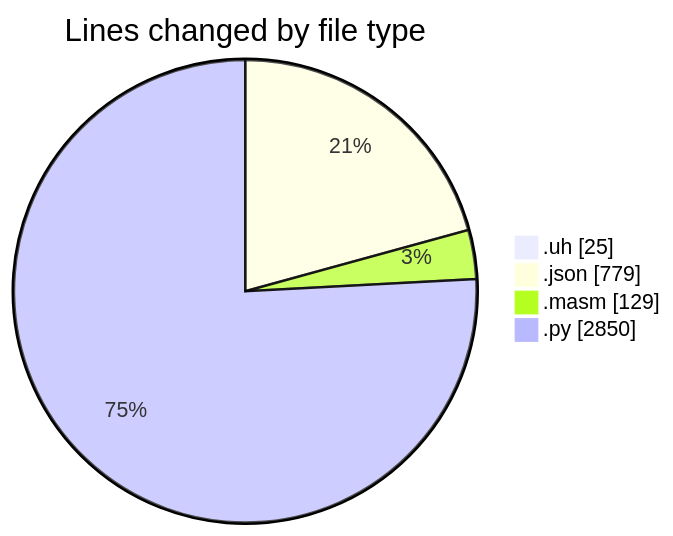
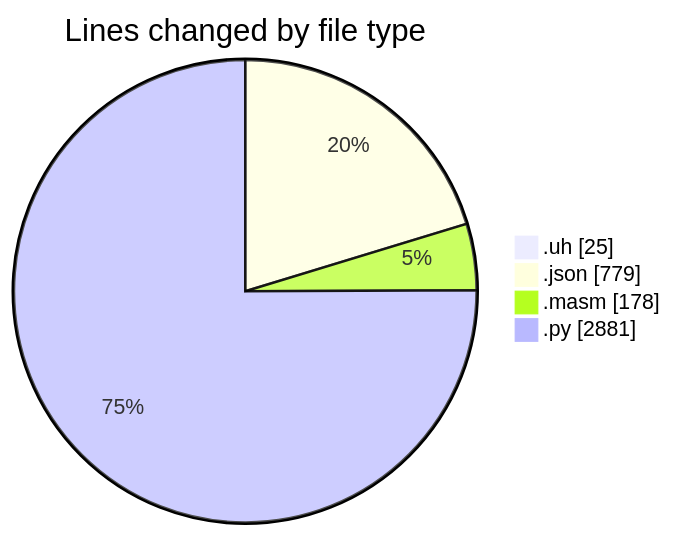
One commit to charlie-sans/code-tracking changed the first of 2 diagrams in 2025-04-30/uhigh-lang/README.md. Above: the diagram before and after it, drawn with Mermaid. The commit also changed other lines of this file and 1 other file, not shown here.

````diff
--- a/2025-04-30/uhigh-lang/README.md
+++ b/2025-04-30/uhigh-lang/README.md
@@ -26,8 +26,8 @@
 ```mermaid
 pie showData
 title Lines changed by file type
 ".uh" : 25
 ".json" : 779
-".masm" : 129
-".py" : 2850
+".masm" : 178
+".py" : 2881
 ```
````
